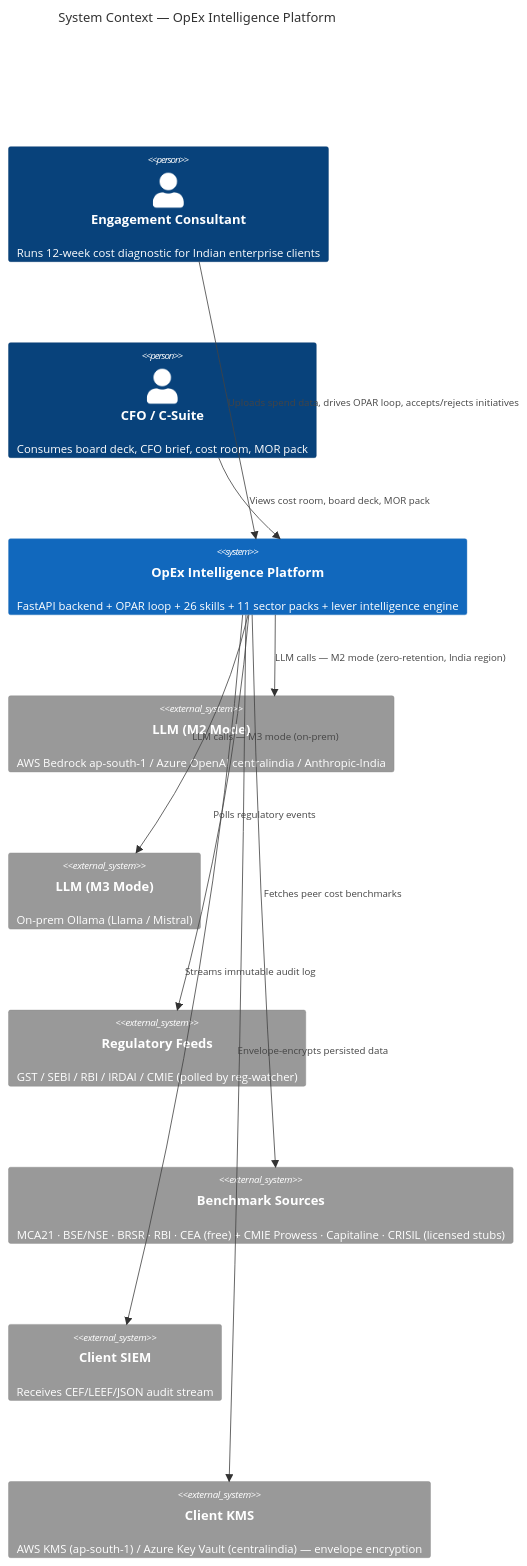
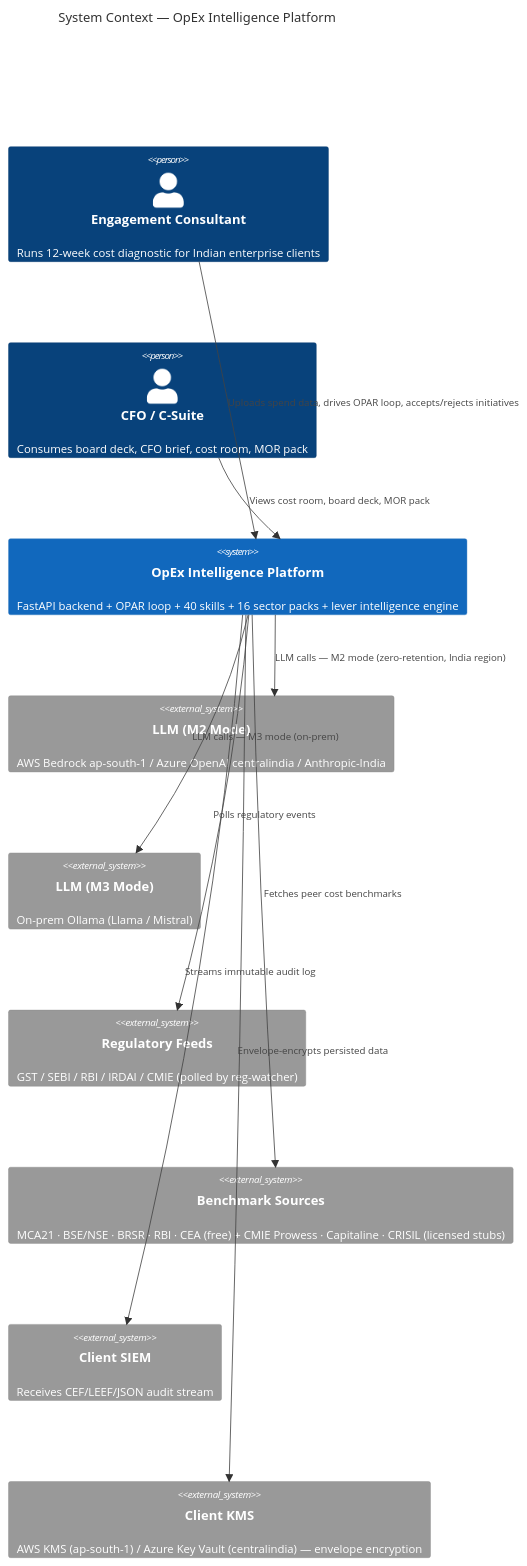
The first of 13 diagrams in docs/architecture.md (gudakeshin/opex-cost-analyzer), drawn with Mermaid before and after one commit. The commit also changed other lines of this file and 9 other files, not shown here.

````diff
--- a/docs/architecture.md
+++ b/docs/architecture.md
@@ -70,25 +70,25 @@
 ```mermaid
 C4Context
     title System Context — OpEx Intelligence Platform
 
     Person(consultant, "Engagement Consultant", "Runs 12-week cost diagnostic for Indian enterprise clients")
     Person(cfo, "CFO / C-Suite", "Consumes board deck, CFO brief, cost room, MOR pack")
 
-    System(opex, "OpEx Intelligence Platform", "FastAPI backend + OPAR loop + 26 skills + 11 sector packs + lever intelligence engine")
+    System(opex, "OpEx Intelligence Platform", "FastAPI backend + OPAR loop + 40 skills + 16 sector packs + lever intelligence engine")
 
     System_Ext(llm_m2, "LLM (M2 Mode)", "AWS Bedrock ap-south-1 / Azure OpenAI centralindia / Anthropic-India")
     System_Ext(llm_m3, "LLM (M3 Mode)", "On-prem Ollama (Llama / Mistral)")
     System_Ext(reg_feeds, "Regulatory Feeds", "GST / SEBI / RBI / IRDAI / CMIE (polled by reg-watcher)")
     System_Ext(benchmarks, "Benchmark Sources", "MCA21 · BSE/NSE · BRSR · RBI · CEA (free) + CMIE Prowess · Capitaline · CRISIL (licensed stubs)")
     System_Ext(siem, "Client SIEM", "Receives CEF/LEEF/JSON audit stream")
     System_Ext(kms, "Client KMS", "AWS KMS (ap-south-1) / Azure Key Vault (centralindia) — envelope encryption")
 
     Rel(consultant, opex, "Uploads spend data, drives OPAR loop, accepts/rejects initiatives")
     Rel(cfo, opex, "Views cost room, board deck, MOR pack")
     Rel(opex, llm_m2, "LLM calls — M2 mode (zero-retention, India region)")
     Rel(opex, llm_m3, "LLM calls — M3 mode (on-prem)")
     Rel(opex, reg_feeds, "Polls regulatory events")
     Rel(opex, benchmarks, "Fetches peer cost benchmarks")
     Rel(opex, siem, "Streams immutable audit log")
     Rel(opex, kms, "Envelope-encrypts persisted data")
 ```
````
